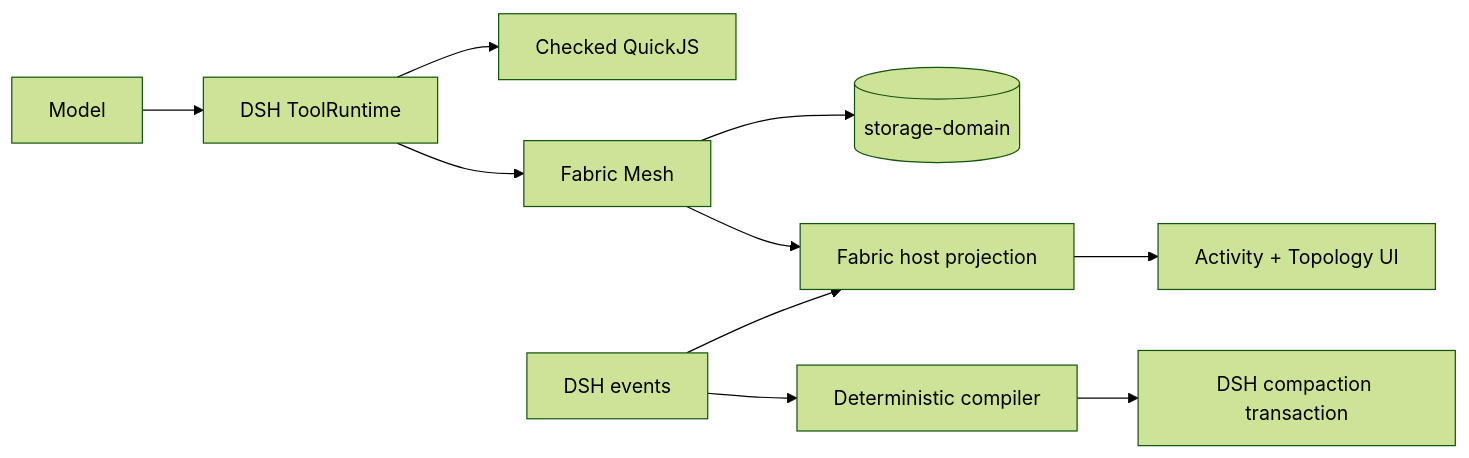
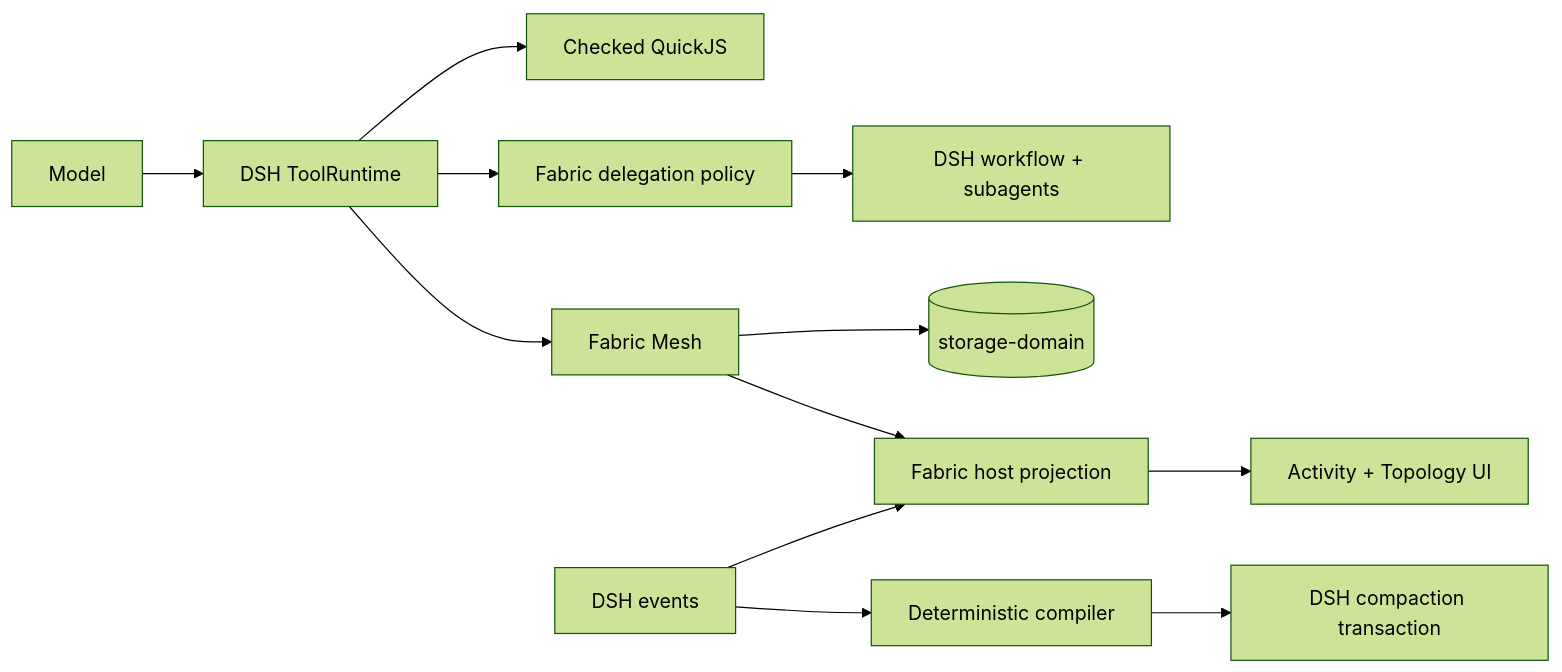
Before and after one commit to monotykamary/dsh-fabric: the diagram in README.md, drawn with Mermaid (forest theme). The commit also changed other lines of this file and 41 other files, not shown here.

Commit message:
Add Fabric delegation Mission Control

````diff
--- a/README.md
+++ b/README.md
@@ -33,12 +34,14 @@
 ```mermaid
 flowchart LR
   Model[Model] --> TR[DSH ToolRuntime]
   TR --> QJS[Checked QuickJS]
   TR --> Mesh[Fabric Mesh]
+  TR --> Delegate[Fabric delegation policy]
+  Delegate --> Workflow[DSH workflow + subagents]
   Mesh --> Store[(storage-domain)]
   DSH[DSH events] --> Host[Fabric host projection]
   Mesh --> Host
   Host --> UI[Activity + Topology UI]
   Compiler[Deterministic compiler] --> Compact[DSH compaction transaction]
   DSH --> Compiler
 ```
````
